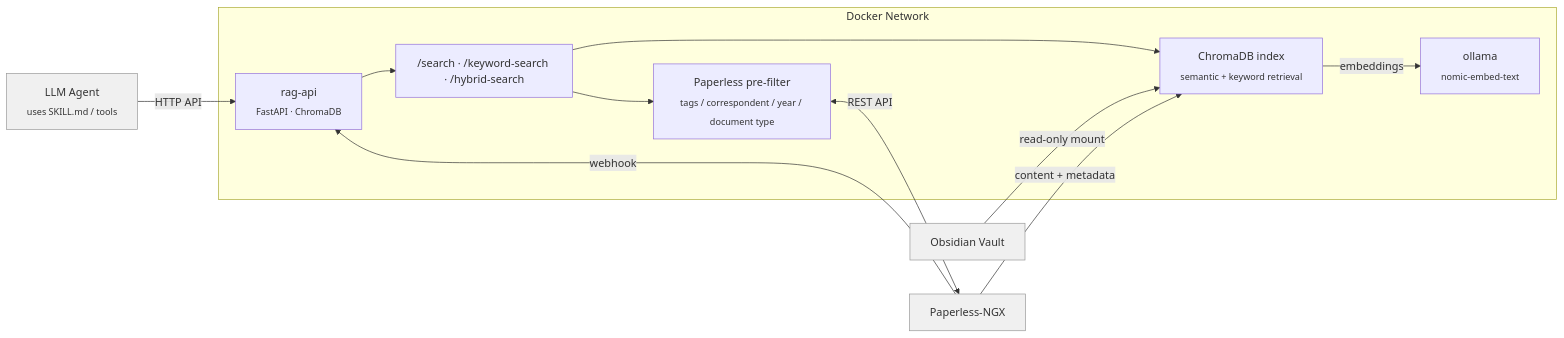
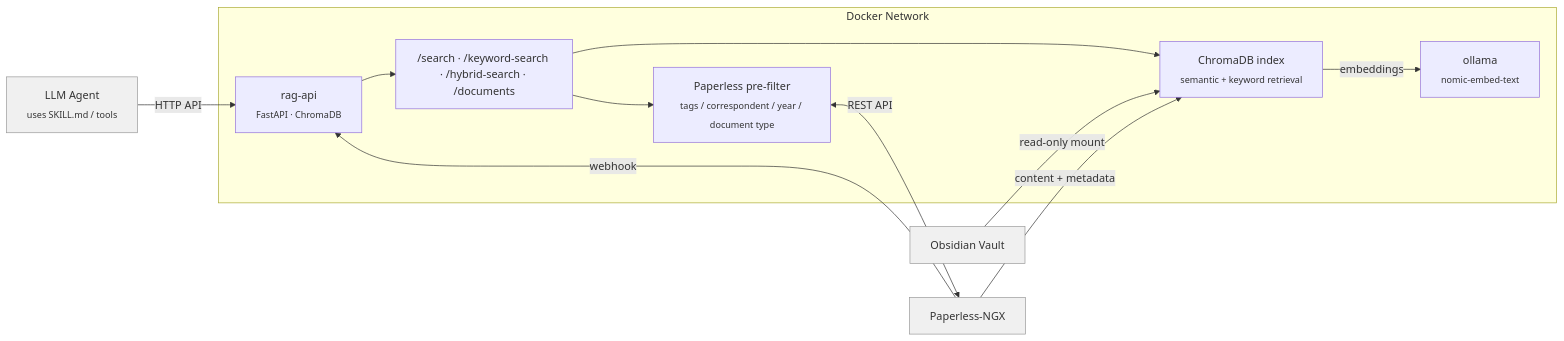
The diagram in README.md (duongel/rag-api), drawn with Mermaid before and after one commit. The commit also changed other lines of this file and 4 other files, not shown here.

````diff
--- a/README.md
+++ b/README.md
@@ -97,27 +98,27 @@
 ```mermaid
 graph LR
     AGENT["LLM Agent<br><sub>uses SKILL.md / tools</sub>"]:::ext
 
     subgraph Docker Network
         API["rag-api<br><sub>FastAPI · ChromaDB</sub>"]
-        SEARCH["/search · /keyword-search · /hybrid-search"]
+        SEARCH["/search · /keyword-search · /hybrid-search · /documents"]
         FILTER["Paperless pre-filter<br><sub>tags / correspondent / year / document type</sub>"]
         CHROMA["ChromaDB index<br><sub>semantic + keyword retrieval</sub>"]
         OLL["ollama<br><sub>nomic-embed-text</sub>"]
     end
 
     VAULT["Obsidian Vault"]:::ext
     PAPER["Paperless-NGX"]:::ext
 
     AGENT -->|HTTP API| API
     API --> SEARCH
     SEARCH --> FILTER
     FILTER <-->|REST API| PAPER
     SEARCH --> CHROMA
     CHROMA -->|embeddings| OLL
     VAULT -->|read-only mount| CHROMA
     PAPER -->|content + metadata| CHROMA
     PAPER -->|webhook| API
 
     classDef ext fill:#f0f0f0,stroke:#999,stroke-width:1px,color:#333
 ```
````
